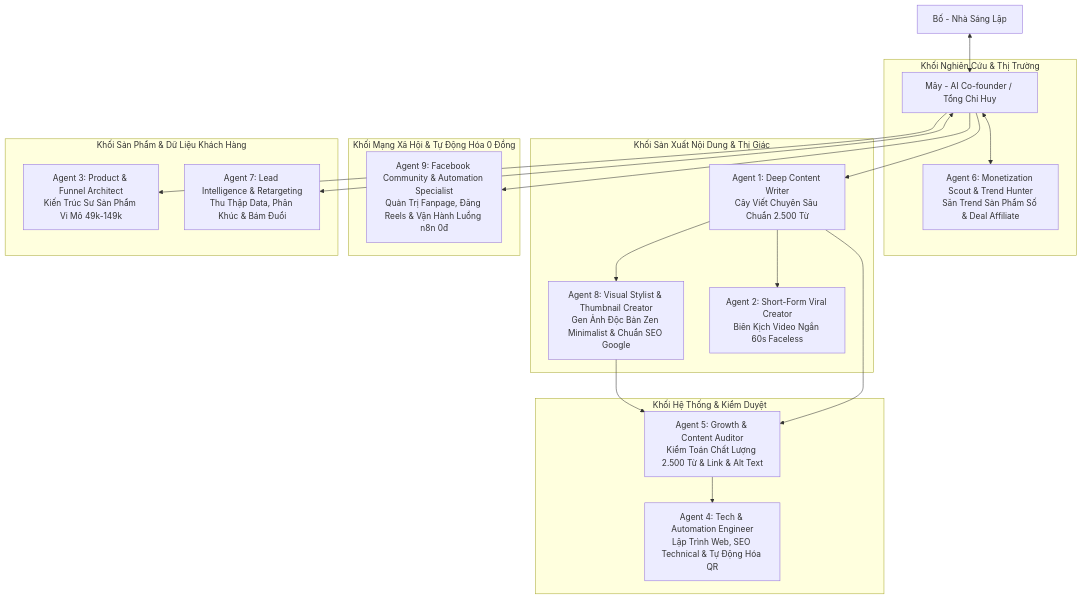
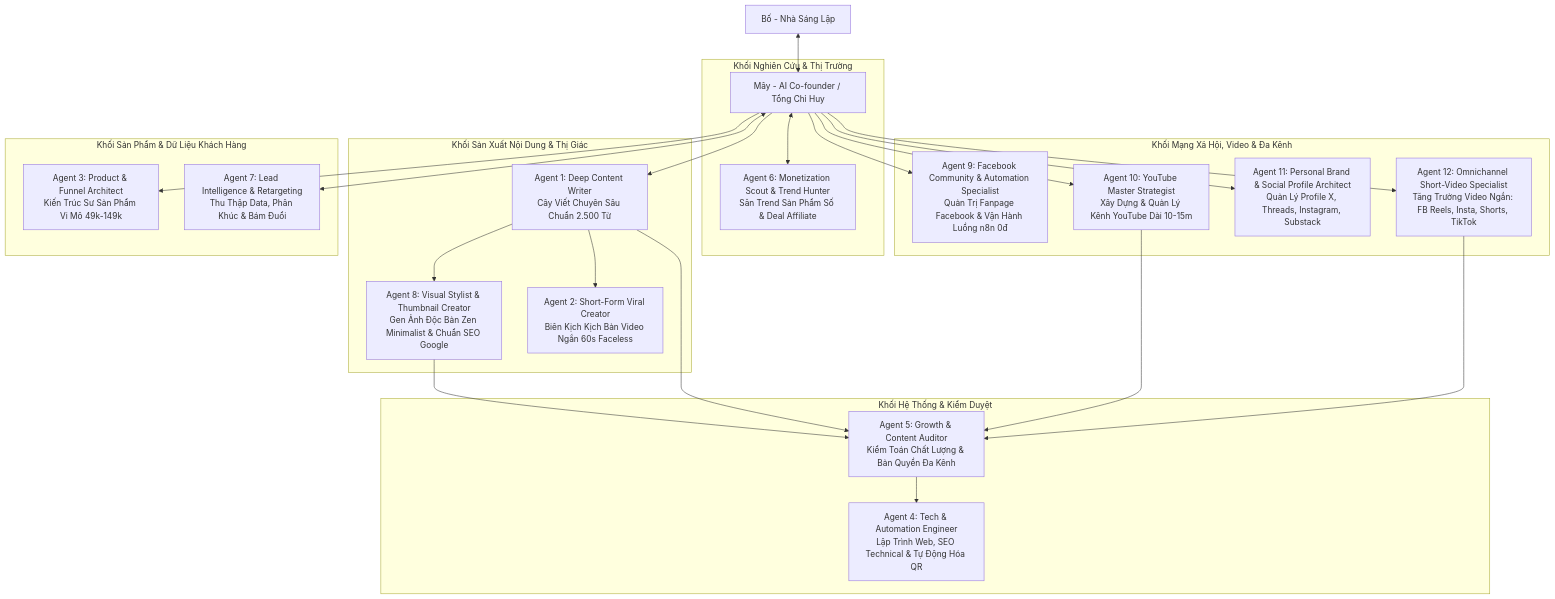
One commit to traicainghien/traicainghien changed the diagram in .agents/skills/autonomous-agent-workforce/SKILL.md. Above: the diagram before and after it, drawn with Mermaid. The commit also changed other lines of this file and 4 other files, not shown here.

Commit message:
feat(workforce): expand to 12 agents with YouTube, Social Profile, and Omnichannel Shorts skills

````diff
--- a/.agents/skills/autonomous-agent-workforce/SKILL.md
+++ b/.agents/skills/autonomous-agent-workforce/SKILL.md
@@ -16,28 +16,31 @@
 ```mermaid
 flowchart TD
     BO[Bố - Nhà Sáng Lập] <--> MAY[Mây - AI Co-founder / Tổng Chỉ Huy]
 
     subgraph BLOCK1 [Khối Nghiên Cứu & Thị Trường]
         MAY <--> A6[Agent 6: Monetization Scout & Trend Hunter<br>Săn Trend Sản Phẩm Số & Deal Affiliate]
     end
 
     subgraph BLOCK2 [Khối Sản Xuất Nội Dung & Thị Giác]
         MAY --> A1[Agent 1: Deep Content Writer<br>Cây Viết Chuyên Sâu Chuẩn 2.500 Từ]
         A1 --> A8[Agent 8: Visual Stylist & Thumbnail Creator<br>Gen Ảnh Độc Bản Zen Minimalist & Chuẩn SEO Google]
-        A1 --> A2[Agent 2: Short-Form Viral Creator<br>Biên Kịch Video Ngắn 60s Faceless]
+        A1 --> A2[Agent 2: Short-Form Viral Creator<br>Biên Kịch Kịch Bản Video Ngắn 60s Faceless]
     end
 
-    subgraph BLOCK3 [Khối Mạng Xã Hội & Tự Động Hóa 0 Đồng]
-        MAY --> A9[Agent 9: Facebook Community & Automation Specialist<br>Quản Trị Fanpage, Đăng Reels & Vận Hành Luồng n8n 0đ]
+    subgraph BLOCK3 [Khối Mạng Xã Hội, Video & Đa Kênh]
+        MAY --> A9[Agent 9: Facebook Community & Automation Specialist<br>Quản Trị Fanpage Facebook & Vận Hành Luồng n8n 0đ]
+        MAY --> A10[Agent 10: YouTube Master Strategist<br>Xây Dựng & Quản Lý Kênh YouTube Dài 10-15m]
+        MAY --> A11[Agent 11: Personal Brand & Social Profile Architect<br>Quản Lý Profile X, Threads, Instagram, Substack]
+        MAY --> A12[Agent 12: Omnichannel Short-Video Specialist<br>Tăng Trưởng Video Ngắn: FB Reels, Insta, Shorts, TikTok]
     end
 
     subgraph BLOCK4 [Khối Sản Phẩm & Dữ Liệu Khách Hàng]
         MAY --> A3[Agent 3: Product & Funnel Architect<br>Kiến Trúc Sư Sản Phẩm Vi Mô 49k-149k]
         MAY <--> A7[Agent 7: Lead Intelligence & Retargeting<br>Thu Thập Data, Phân Khúc & Bám Đuổi]
     end
 
     subgraph BLOCK5 [Khối Hệ Thống & Kiểm Duyệt]
-        A8 & A1 --> A5[Agent 5: Growth & Content Auditor<br>Kiểm Toán Chất Lượng 2.500 Từ & Link & Alt Text]
+        A8 & A1 & A10 & A12 --> A5[Agent 5: Growth & Content Auditor<br>Kiểm Toán Chất Lượng & Bản Quyền Đa Kênh]
         A5 --> A4[Agent 4: Tech & Automation Engineer<br>Lập Trình Web, SEO Technical & Tự Động Hóa QR]
     end
 ```
````
